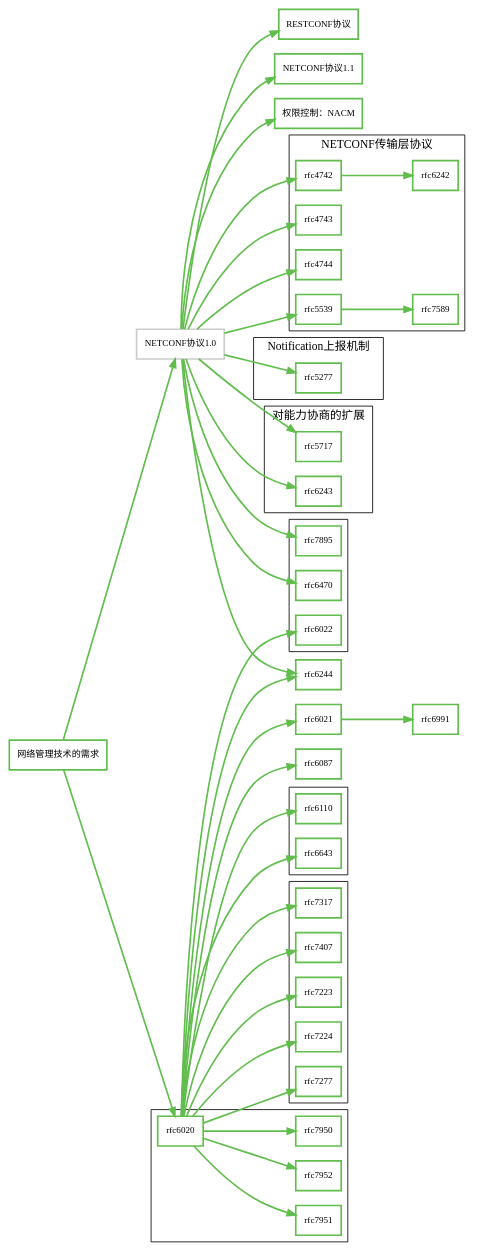
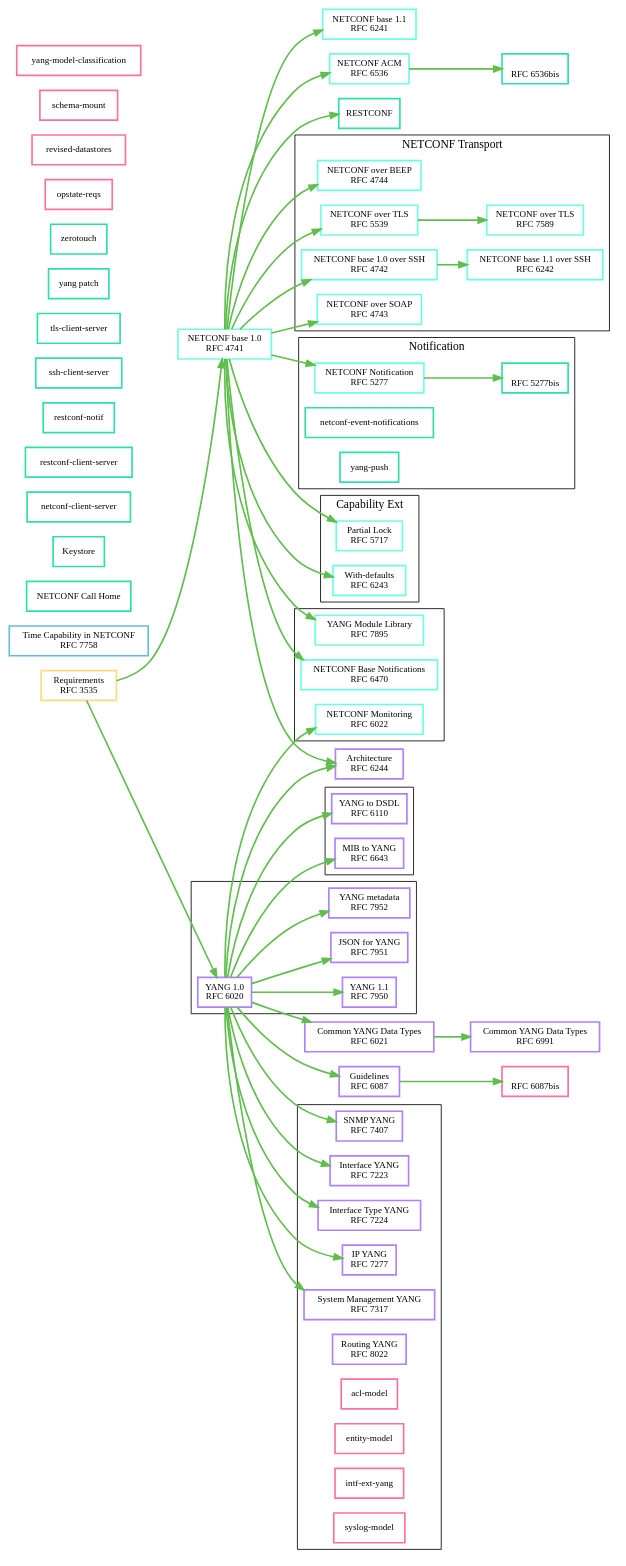
One commit to peipeiguo/netconf-roadmap changed the diagram in dot/netconf-roadmap.dot. Above: the diagram before and after it, drawn with Graphviz. The commit also changed 1 other file, not shown here.

```diff
--- a/dot/netconf-roadmap.dot
+++ b/dot/netconf-roadmap.dot
@@ -3,53 +3,85 @@
     charset="UTF-8";
     node [shape=rectangle, fontname="SimSun"]; /* size="20,20" */
     /*dpi=400;*/
-    rfc3535 [shape=rectangle, href="https://tools.ietf.org/html/rfc3535", fontsize=11, color="#61BD4D", label="网络管理技术的需求", penwidth=2];
-    rfc4741 [shape=rectangle, href="https://tools.ietf.org/html/rfc4741", fontsize=11, color="#CCCCCC", label="NETCONF协议1.0", penwidth=2];
-    rfc4742 [shape=rectangle, href="https://tools.ietf.org/html/rfc4742", fontsize=11, color="#61BD4D", label="rfc4742", penwidth=2];
-    rfc4743 [shape=rectangle, href="https://tools.ietf.org/html/rfc4743", fontsize=11, color="#61BD4D", label="rfc4743", penwidth=2];
-    rfc4744 [shape=rectangle, href="https://tools.ietf.org/html/rfc4744", fontsize=11, color="#61BD4D", label="rfc4744", penwidth=2];
-    rfc5277 [shape=rectangle, href="https://tools.ietf.org/html/rfc5277", fontsize=11, color="#61BD4D", label="rfc5277", penwidth=2];
-    rfc5539 [shape=rectangle, href="https://tools.ietf.org/html/rfc5539", fontsize=11, color="#61BD4D", label="rfc5539", penwidth=2];
-    rfc5717 [shape=rectangle, href="https://tools.ietf.org/html/rfc5717", fontsize=11, color="#61BD4D", label="rfc5717", penwidth=2];    
-    rfc6020 [shape=rectangle, href="https://tools.ietf.org/html/rfc6020", fontsize=11, color="#61BD4D", label="rfc6020", penwidth=2];   /* YANG - A Data Modeling Language for the Network Configuration Protocol (NETCONF) */
-    rfc6021 [shape=rectangle, href="https://tools.ietf.org/html/rfc6021", fontsize=11, color="#61BD4D", label="rfc6021", penwidth=2];
-    rfc6022 [shape=rectangle, href="https://tools.ietf.org/html/rfc6022", fontsize=11, color="#61BD4D", label="rfc6022", penwidth=2];
-    rfc6087 [shape=rectangle, href="https://tools.ietf.org/html/rfc6087", fontsize=11, color="#61BD4D", label="rfc6087", penwidth=2];
-    rfc6110 [shape=rectangle, href="https://tools.ietf.org/html/rfc6110", fontsize=11, color="#61BD4D", label="rfc6110", penwidth=2];    
-    rfc6241 [shape=rectangle, href="https://tools.ietf.org/html/rfc6241", fontsize=11, color="#61BD4D", label="NETCONF协议1.1", penwidth=2];
-    rfc6242 [shape=rectangle, href="https://tools.ietf.org/html/rfc6242", fontsize=11, color="#61BD4D", label="rfc6242", penwidth=2];
-    rfc6243 [shape=rectangle, href="https://tools.ietf.org/html/rfc6243", fontsize=11, color="#61BD4D", label="rfc6243", penwidth=2];
-    rfc6244 [shape=rectangle, href="https://tools.ietf.org/html/rfc6244", fontsize=11, color="#61BD4D", label="rfc6244", penwidth=2];
-    rfc6470 [shape=rectangle, href="https://tools.ietf.org/html/rfc6470", fontsize=11, color="#61BD4D", label="rfc6470", penwidth=2];
-    rfc6643 [shape=rectangle, href="https://tools.ietf.org/html/rfc6643", fontsize=11, color="#61BD4D", label="rfc6643", penwidth=2];
-    rfc6536 [shape=rectangle, href="https://tools.ietf.org/html/rfc6536", fontsize=11, color="#61BD4D", label="权限控制：NACM", penwidth=2];
-    rfc6991 [shape=rectangle, href="https://tools.ietf.org/html/rfc6991", fontsize=11, color="#61BD4D", label="rfc6991", penwidth=2];   /* Common YANG Data Types */
-    rfc7223 [shape=rectangle, href="https://tools.ietf.org/html/rfc7223", fontsize=11, color="#61BD4D", label="rfc7223", penwidth=2];   /* A YANG Data Model for Interface Management */
-    rfc7224 [shape=rectangle, href="https://tools.ietf.org/html/rfc7224", fontsize=11, color="#61BD4D", label="rfc7224", penwidth=2];   /* IANA Interface Type YANG Module */
-    rfc7277 [shape=rectangle, href="https://tools.ietf.org/html/rfc7277", fontsize=11, color="#61BD4D", label="rfc7277", penwidth=2];   /* A YANG Data Model for IP Management */
-    rfc7317 [shape=rectangle, href="https://tools.ietf.org/html/rfc7317", fontsize=11, color="#61BD4D", label="rfc7317", penwidth=2];   /* A YANG Data Model for System Management */
-    rfc7407 [shape=rectangle, href="https://tools.ietf.org/html/rfc7407", fontsize=11, color="#61BD4D", label="rfc7407", penwidth=2];   /* A YANG Data Model for SNMP Configuration */
-    rfc7589 [shape=rectangle, href="https://tools.ietf.org/html/rfc7589", fontsize=11, color="#61BD4D", label="rfc7589", penwidth=2];
-    rfc7895 [shape=rectangle, href="https://tools.ietf.org/html/rfc7895", fontsize=11, color="#61BD4D", label="rfc7895", penwidth=2];   /* YANG Module Library */
-    rfc7950 [shape=rectangle, href="https://tools.ietf.org/html/rfc7950", fontsize=11, color="#61BD4D", label="rfc7950", penwidth=2];   /* The YANG 1.1 Data Modeling Language */
-    rfc7951 [shape=rectangle, href="https://tools.ietf.org/html/rfc7951", fontsize=11, color="#61BD4D", label="rfc7951", penwidth=2];   /* JSON Encoding of Data Modeled with YANG */
-    rfc7952 [shape=rectangle, href="https://tools.ietf.org/html/rfc7952", fontsize=11, color="#61BD4D", label="rfc7952", penwidth=2];   /* Defining and Using Metadata with YANG */
-    draft_ietf_restconf [shape=rectangle, href="https://tools.ietf.org/html/rfc7952", fontsize=11, color="#61BD4D", label="RESTCONF协议", penwidth=2];
+    
+    rfc3535 [shape=rectangle, href="https://tools.ietf.org/html/rfc3535", fontsize=11, color="#FFDB7D", label="Requirements\nRFC 3535", penwidth=2]; /* Overview of the 2002 IAB Network Management Workshop */
+    rfc7758 [shape=rectangle, href="https://tools.ietf.org/html/rfc7758", fontsize=11, color="#67BBDC", label="Time Capability in NETCONF\nRFC 7758", penwidth=2]; /* Time Capability in NETCONF */
+    /* netconf wg rfc */    
+    rfc4741 [shape=rectangle, href="https://tools.ietf.org/html/rfc4741", fontsize=11, color="#6DFEDF", label="NETCONF base 1.0\nRFC 4741", penwidth=2]; /* NETCONF Configuration Protocol */
+    rfc4742 [shape=rectangle, href="https://tools.ietf.org/html/rfc4742", fontsize=11, color="#6DFEDF", label="NETCONF base 1.0 over SSH\nRFC 4742", penwidth=2];   /* Using the NETCONF Configuration Protocol over Secure SHell (SSH) */
+    rfc4743 [shape=rectangle, href="https://tools.ietf.org/html/rfc4743", fontsize=11, color="#6DFEDF", label="NETCONF over SOAP\nRFC 4743", penwidth=2];   /* Using NETCONF over the Simple Object Access Protocol (SOAP) */
+    rfc4744 [shape=rectangle, href="https://tools.ietf.org/html/rfc4744", fontsize=11, color="#6DFEDF", label="NETCONF over BEEP\nRFC 4744", penwidth=2];   /* Using the NETCONF Protocol over the Blocks Extensible Exchange Protocol (BEEP) */
+    rfc5277 [shape=rectangle, href="https://tools.ietf.org/html/rfc5277", fontsize=11, color="#6DFEDF", label="NETCONF Notification\nRFC 5277", penwidth=2];   /* NETCONF Event Notifications */
+    rfc5539 [shape=rectangle, href="https://tools.ietf.org/html/rfc5539", fontsize=11, color="#6DFEDF", label="NETCONF over TLS\nRFC 5539", penwidth=2];   /* NETCONF over Transport Layer Security (TLS) */
+    rfc5717 [shape=rectangle, href="https://tools.ietf.org/html/rfc5717", fontsize=11, color="#6DFEDF", label="Partial Lock\nRFC 5717", penwidth=2];   /* Partial Lock Remote Procedure Call (RPC) for NETCONF */
+    rfc6022 [shape=rectangle, href="https://tools.ietf.org/html/rfc6022", fontsize=11, color="#6DFEDF", label="NETCONF Monitoring\nRFC 6022", penwidth=2];   /* YANG Module for NETCONF Monitoring */
+    rfc6241 [shape=rectangle, href="https://tools.ietf.org/html/rfc6241", fontsize=11, color="#6DFEDF", label="NETCONF base 1.1\nRFC 6241", penwidth=2]; /* Network Configuration Protocol (NETCONF) */
+    rfc6242 [shape=rectangle, href="https://tools.ietf.org/html/rfc6242", fontsize=11, color="#6DFEDF", label="NETCONF base 1.1 over SSH\nRFC 6242", penwidth=2];   /* Using the NETCONF Protocol over Secure Shell (SSH) */
+    rfc6243 [shape=rectangle, href="https://tools.ietf.org/html/rfc6243", fontsize=11, color="#6DFEDF", label="With-defaults\nRFC 6243", penwidth=2];   /* With-defaults Capability for NETCONF */
+    rfc6470 [shape=rectangle, href="https://tools.ietf.org/html/rfc6470", fontsize=11, color="#6DFEDF", label="NETCONF Base Notifications\nRFC 6470", penwidth=2];   /* Network Configuration Protocol (NETCONF) Base Notifications */
+    rfc6536 [shape=rectangle, href="https://tools.ietf.org/html/rfc6536", fontsize=11, color="#6DFEDF", label="NETCONF ACM\nRFC 6536", penwidth=2]; /* Network Configuration Protocol (NETCONF) Access Control Model */
+    rfc7589 [shape=rectangle, href="https://tools.ietf.org/html/rfc7589", fontsize=11, color="#6DFEDF", label="NETCONF over TLS\nRFC 7589", penwidth=2];   /* Using the NETCONF Protocol over Transport Layer Security (TLS) with Mutual X.509 Authentication */
+    rfc7895 [shape=rectangle, href="https://tools.ietf.org/html/rfc7895", fontsize=11, color="#6DFEDF", label="YANG Module Library\nRFC 7895", penwidth=2];   /* YANG Module Library */
 
+    /* netmod wg rfc */
+    rfc6020 [shape=rectangle, href="https://tools.ietf.org/html/rfc6020", fontsize=11, color="#AE81FF", label="YANG 1.0\nRFC 6020", penwidth=2];   /* YANG - A Data Modeling Language for the Network Configuration Protocol (NETCONF) */
+    rfc6021 [shape=rectangle, href="https://tools.ietf.org/html/rfc6021", fontsize=11, color="#AE81FF", label="Common YANG Data Types\nRFC 6021", penwidth=2];   /* Common YANG Data Types */
+    rfc6087 [shape=rectangle, href="https://tools.ietf.org/html/rfc6087", fontsize=11, color="#AE81FF", label="Guidelines\nRFC 6087", penwidth=2];   /* Guidelines for Authors and Reviewers of YANG Data Model Documents */
+    rfc6110 [shape=rectangle, href="https://tools.ietf.org/html/rfc6110", fontsize=11, color="#AE81FF", label="YANG to DSDL\nRFC 6110", penwidth=2];   /* Mapping YANG to Document Schema Definition Languages and Validating NETCONF Content */
+    rfc6244 [shape=rectangle, href="https://tools.ietf.org/html/rfc6244", fontsize=11, color="#AE81FF", label="Architecture\nRFC 6244", penwidth=2];   /* An Architecture for Network Management Using NETCONF and YANG */
+    rfc6643 [shape=rectangle, href="https://tools.ietf.org/html/rfc6643", fontsize=11, color="#AE81FF", label="MIB to YANG\nRFC 6643", penwidth=2];   /* Translation of Structure of Management Information Version 2 (SMIv2) MIB Modules to YANG Modules */
+    rfc6991 [shape=rectangle, href="https://tools.ietf.org/html/rfc6991", fontsize=11, color="#AE81FF", label="Common YANG Data Types\nRFC 6991", penwidth=2];   /* Common YANG Data Types */
+    rfc7223 [shape=rectangle, href="https://tools.ietf.org/html/rfc7223", fontsize=11, color="#AE81FF", label="Interface YANG\nRFC 7223", penwidth=2];   /* A YANG Data Model for Interface Management */
+    rfc7224 [shape=rectangle, href="https://tools.ietf.org/html/rfc7224", fontsize=11, color="#AE81FF", label="Interface Type YANG\nRFC 7224", penwidth=2];   /* IANA Interface Type YANG Module */
+    rfc7277 [shape=rectangle, href="https://tools.ietf.org/html/rfc7277", fontsize=11, color="#AE81FF", label="IP YANG\nRFC 7277", penwidth=2];   /* A YANG Data Model for IP Management */
+    rfc7317 [shape=rectangle, href="https://tools.ietf.org/html/rfc7317", fontsize=11, color="#AE81FF", label="System Management YANG\nRFC 7317", penwidth=2];   /* A YANG Data Model for System Management */
+    rfc7407 [shape=rectangle, href="https://tools.ietf.org/html/rfc7407", fontsize=11, color="#AE81FF", label="SNMP YANG\nRFC 7407", penwidth=2];   /* A YANG Data Model for SNMP Configuration */
+    rfc7950 [shape=rectangle, href="https://tools.ietf.org/html/rfc7950", fontsize=11, color="#AE81FF", label="YANG 1.1\nRFC 7950", penwidth=2];   /* The YANG 1.1 Data Modeling Language */
+    rfc7951 [shape=rectangle, href="https://tools.ietf.org/html/rfc7951", fontsize=11, color="#AE81FF", label="JSON for YANG\nRFC 7951", penwidth=2];   /* JSON Encoding of Data Modeled with YANG */
+    rfc7952 [shape=rectangle, href="https://tools.ietf.org/html/rfc7952", fontsize=11, color="#AE81FF", label="YANG metadata\nRFC 7952", penwidth=2];   /* Defining and Using Metadata with YANG */
+    rfc8022 [shape=rectangle, href="https://tools.ietf.org/html/rfc8022", fontsize=11, color="#AE81FF", label="Routing YANG\nRFC 8022", penwidth=2];   /* A YANG Data Model for Routing Management */     
+    
+    /* netconf wg draft */
+    draft_ietf_netconf_call_home [shape=rectangle, href="https://tools.ietf.org/html/draft-ietf-netconf-call-home-17", fontsize=11, color="#2DE0A7", label="NETCONF Call Home", penwidth=2]; /* NETCONF Call Home and RESTCONF Call Home */
+    draft_ietf_netconf_keystore [shape=rectangle, href="https://tools.ietf.org/html/draft-ietf-netconf-keystore-00", fontsize=11, color="#2DE0A7", label="Keystore", penwidth=2]; /* Keystore Model */
+    draft_ietf_netconf_netconf_client_server [shape=rectangle, href="https://tools.ietf.org/html/draft-ietf-netconf-netconf-client-server-01", fontsize=11, color="#2DE0A7", label="netconf-client-server", penwidth=2]; /* NETCONF Client and Server Models */
+    draft_ietf_netconf_netconf_event_notifications [shape=rectangle, href="https://tools.ietf.org/html/draft-ietf-netconf-netconf-event-notifications-01", fontsize=11, color="#2DE0A7", label="netconf-event-notifications", penwidth=2]; /* NETCONF Support for Event Notifications */
+    draft_ietf_netconf_restconf [shape=rectangle, href="https://tools.ietf.org/html/draft-ietf-netconf-restconf-18", fontsize=11, color="#2DE0A7", label="RESTCONF", penwidth=2]; /* RESTCONF Protocol */
+    draft_ietf_netconf_restconf_client_server [shape=rectangle, href="https://tools.ietf.org/html/draft-ietf-netconf-restconf-client-server-01", fontsize=11, color="#2DE0A7", label="restconf-client-server", penwidth=2]; /* RESTCONF Client and Server Models */
+    draft_ietf_netconf_restconf_notif [shape=rectangle, href="https://tools.ietf.org/html/draft-ietf-netconf-restconf-notif-01", fontsize=11, color="#2DE0A7", label="restconf-notif", penwidth=2]; /* Restconf and HTTP Transport for Event Notifications */
+    draft_ietf_netconf_rfc5277bis [shape=rectangle, href="https://tools.ietf.org/html/draft-ietf-netconf-rfc5277bis-01", fontsize=11, color="#2DE0A7", label="\nRFC 5277bis", penwidth=2]; /* Subscribing to Event Notifications */
+    draft_ietf_netconf_ssh_client_server [shape=rectangle, href="https://tools.ietf.org/html/draft-ietf-netconf-ssh-client-server-01", fontsize=11, color="#2DE0A7", label="ssh-client-server", penwidth=2]; /* SSH Client and Server Models */
+    draft_ietf_netconf_tls_client_server [shape=rectangle, href="https://tools.ietf.org/html/draft-ietf-netconf-tls-client-server-01", fontsize=11, color="#2DE0A7", label="tls-client-server", penwidth=2]; /* TLS Client and Server Models */
+    draft_ietf_netconf_yang_patch [shape=rectangle, href="https://tools.ietf.org/html/draft-ietf-netconf-yang-patch-14", fontsize=11, color="#2DE0A7", label="yang patch", penwidth=2]; /* YANG Patch Media Type */
+    draft_ietf_netconf_yang_push [shape=rectangle, href="https://tools.ietf.org/html/draft-ietf-netconf-yang-push-04", fontsize=11, color="#2DE0A7", label="yang-push", penwidth=2]; /* Subscribing to YANG datastore push updates */
+    draft_ietf_netconf_zerotouch [shape=rectangle, href="https://tools.ietf.org/html/draft-ietf-netconf-zerotouch-11", fontsize=11, color="#2DE0A7", label="zerotouch", penwidth=2]; /* Zero Touch Provisioning for NETCONF or RESTCONF based Management */
+    draft_bierman_netconf_rfc6536bis [shape=rectangle, href="https://tools.ietf.org/html/draft-bierman-netconf-rfc6536bis-01", fontsize=11, color="#2DE0A7", label="\nRFC 6536bis", penwidth=2]; /* Network Configuration Protocol (NETCONF) Access Control Model */
+    
+    /* netmod wg draft */
+    draft_ietf_netmod_acl_model [shape=rectangle, href="https://tools.ietf.org/html/draft-ietf-netmod-acl-model-09", fontsize=11, color="#FF6F9F", label="acl-model", penwidth=2];   /* Network Access Control List (ACL) YANG Data Model */ 
+    draft_ietf_netmod_entity [shape=rectangle, href="https://tools.ietf.org/html/draft-ietf-netmod-entity-01", fontsize=11, color="#FF6F9F", label="entity-model", penwidth=2];  /* A YANG Data Model for Hardware Management */
+    draft_ietf_netmod_intf_ext_yang [shape=rectangle, href="https://tools.ietf.org/html/draft-ietf-netmod-intf-ext-yang-03", fontsize=11, color="#FF6F9F", label="intf-ext-yang", penwidth=2]; /* Common Interface Extension YANG Data Models */
+    draft_ietf_netmod_opstate_reqs [shape=rectangle, href="https://tools.ietf.org/html/draft-ietf-netmod-opstate-reqs-04", fontsize=11, color="#FF6F9F", label="opstate-reqs", penwidth=2]; /* Terminology and Requirements for Enhanced Handling of Operational State */
+    draft_ietf_netmod_revised_datastores [shape=rectangle, href="https://tools.ietf.org/html/draft-ietf-netmod-revised-datastores-00", fontsize=11, color="#FF6F9F", label="revised-datastores", penwidth=2]; /* A Revised Conceptual Model for YANG Datastores */    	
+    draft_ietf_netmod_rfc6087bis [shape=rectangle, href="https://tools.ietf.org/html/draft-ietf-netmod-rfc6087bis-09", fontsize=11, color="#FF6F9F", label="\nRFC 6087bis", penwidth=2]; /* Guidelines for Authors and Reviewers of YANG Data Model Documents */
+    draft_ietf_netmod_schema_mount [shape=rectangle, href="https://tools.ietf.org/html/draft-ietf-netmod-schema-mount-03", fontsize=11, color="#FF6F9F", label="schema-mount", penwidth=2]; /* YANG Schema Mount */
+    draft_ietf_netmod_syslog_model [shape=rectangle, href="https://tools.ietf.org/html/draft-ietf-netmod-syslog-model-11", fontsize=11, color="#FF6F9F", label="syslog-model", penwidth=2]; /* A YANG Data Model for Syslog Configuration */
+    draft_ietf_netmod_yang_model_classification [shape=rectangle, href="https://tools.ietf.org/html/draft-ietf-netmod-yang-model-classification-04", fontsize=11, color="#FF6F9F", label="yang-model-classification", penwidth=2]; /* YANG Module Classification */
+    
     rfc3535 -> rfc4741  [color="#61BD4D", fontsize=11, penwidth=2];
     rfc3535 -> rfc6020  [color="#61BD4D", fontsize=11, penwidth=2];
     rfc4741 -> rfc4742  [color="#61BD4D", fontsize=11, penwidth=2];
     rfc4741 -> rfc4743  [color="#61BD4D", fontsize=11, penwidth=2];
     rfc4741 -> rfc4744  [color="#61BD4D", fontsize=11, penwidth=2];
     rfc4741 -> rfc6241  [color="#61BD4D", fontsize=11, penwidth=2];
-    rfc4741 -> rfc5277  [color="#61BD4D", fontsize=11, penwidth=2];
+    rfc4741 -> rfc5277 -> draft_ietf_netconf_rfc5277bis  [color="#61BD4D", fontsize=11, penwidth=2];
     rfc4741 -> rfc5539  [color="#61BD4D", fontsize=11, penwidth=2];
     rfc4741 -> rfc5717  [color="#61BD4D", fontsize=11, penwidth=2];
     rfc4741 -> rfc6243  [color="#61BD4D", fontsize=11, penwidth=2];
     rfc4741 -> rfc6470  [color="#61BD4D", fontsize=11, penwidth=2];
-    rfc4741 -> rfc6536  [color="#61BD4D", fontsize=11, penwidth=2];
+    rfc4741 -> rfc6536 -> draft_bierman_netconf_rfc6536bis  [color="#61BD4D", fontsize=11, penwidth=2];
     rfc4741 -> rfc7895  [color="#61BD4D", fontsize=11, penwidth=2];
-    rfc4741 -> draft_ietf_restconf  [color="#61BD4D", fontsize=11, penwidth=2];
+    rfc4741 -> draft_ietf_netconf_restconf  [color="#61BD4D", fontsize=11, penwidth=2];
     rfc4742 -> rfc6242  [color="#61BD4D", fontsize=11, penwidth=2];
     rfc5539 -> rfc7589  [color="#61BD4D", fontsize=11, penwidth=2];
     rfc6020 -> rfc6021  [color="#61BD4D", fontsize=11, penwidth=2];
@@ -67,16 +99,16 @@
     rfc6021 -> rfc6991  [color="#61BD4D", fontsize=11, penwidth=2];
     rfc6020 -> rfc6244  [color="#61BD4D", fontsize=11, penwidth=2];
     rfc4741 -> rfc6244  [color="#61BD4D", fontsize=11, penwidth=2];
-    rfc6020 -> rfc6087  [color="#61BD4D", fontsize=11, penwidth=2];
+    rfc6020 -> rfc6087 -> draft_ietf_netmod_rfc6087bis [color="#61BD4D", fontsize=11, penwidth=2];
     
     subgraph cluster_nc_ext {
-        label="对能力协商的扩展";
+        label="Capability Ext";
         rfc5717;
         rfc6243;
     }
     
     subgraph cluster_nc_transport {
-        label="NETCONF传输层协议";
+        label="NETCONF Transport";
         rfc4742;
         rfc4743;
         rfc4744;
@@ -86,11 +118,11 @@
     }
     
     subgraph cluster_nc_notification {
-        label="Notification上报机制"
+        label="Notification"
         rfc5277;
-        /*rfc5277bis;*/
-        /*draft_yang_push;*/
-        /*draft_event_notification;*/
+        draft_ietf_netconf_rfc5277bis;
+        draft_ietf_netconf_yang_push;
+        draft_ietf_netconf_netconf_event_notifications;
     }
     
     /* The following RFCs define the YANG language and some basic extensions */
@@ -102,7 +134,7 @@
     }
     
     /* The YANG modules */
-    /* 机制的YANG模型 */
+    /* YANG Model for NETCONF */
     subgraph cluster_nc_yang {
         rfc6022;
         rfc6470;
@@ -110,18 +142,18 @@
         /*draft;*/
     }
     
-    /* 业务的YANG模型 */
+    /* YANG Model for APP */
     subgraph cluster_app_yang {
         rfc7223;
         rfc7224;
         rfc7277;
         rfc7317;
         rfc7407;
-        /*draft_acl;*/
-        /*draft_routing;*/
-        /*draft_syslog;*/
-        /*draft_entity;*/
-        /*draft_if_ext;*/
+        rfc8022;
+        draft_ietf_netmod_acl_model;
+        draft_ietf_netmod_entity;
+        draft_ietf_netmod_syslog_model;
+        draft_ietf_netmod_intf_ext_yang;
     }
     
     subgraph cluster_yang_convertion {
```
